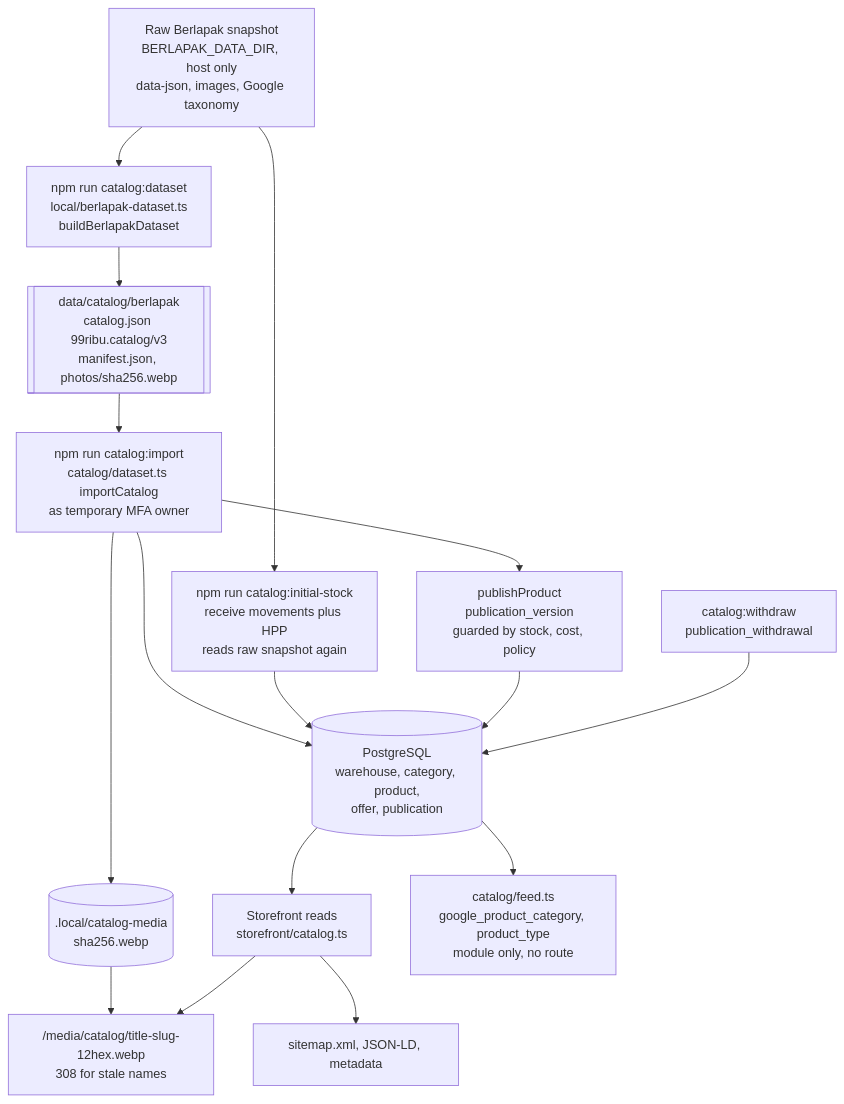
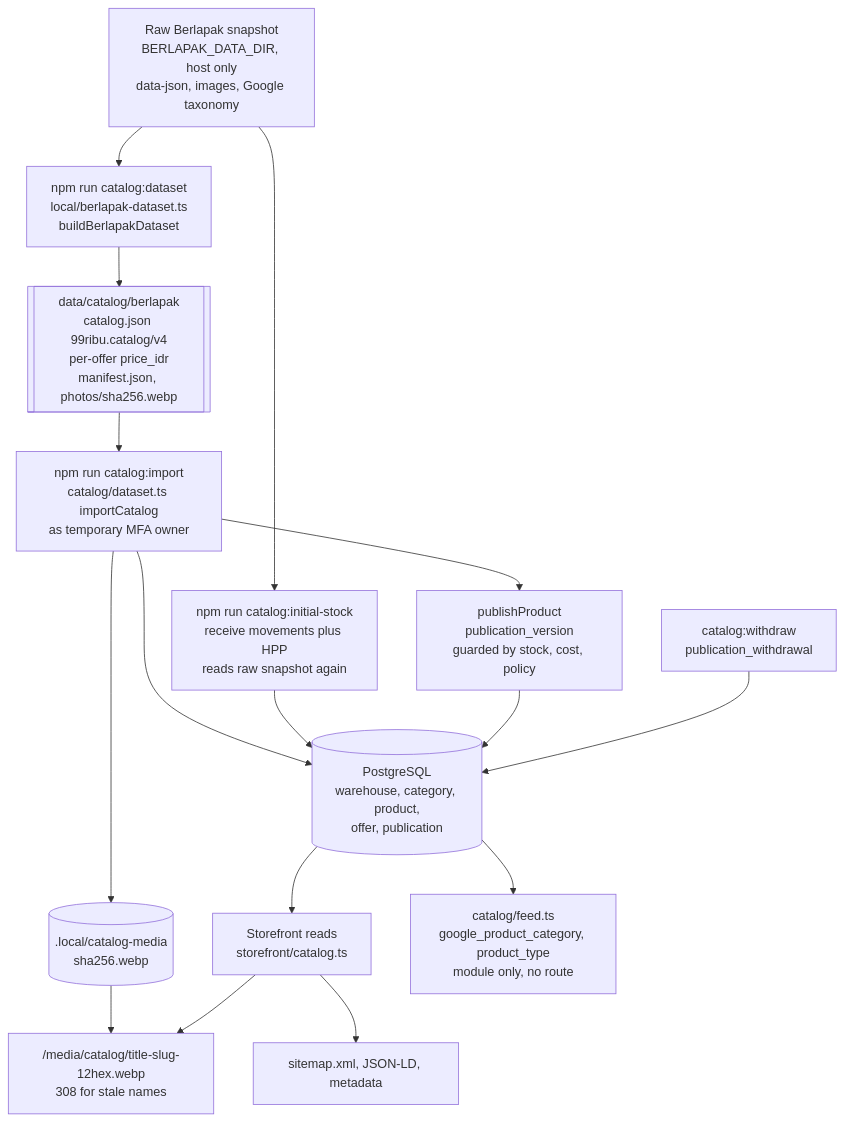
One commit to ongkipro/99ribu changed the sixth of 13 diagrams in ARCHITECTURE.md. Above: the diagram before and after it, drawn with Mermaid. The commit also changed other lines of this file and 721 other files, not shown here.

````diff
--- a/ARCHITECTURE.md
+++ b/ARCHITECTURE.md
@@ -434,32 +434,32 @@
 ```mermaid
 flowchart TD
   Raw["Raw Berlapak snapshot<br/>BERLAPAK_DATA_DIR, host only<br/>data-json, images, Google taxonomy"]
   Gen["npm run catalog:dataset<br/>local/berlapak-dataset.ts<br/>buildBerlapakDataset"]
-  DS[["data/catalog/berlapak<br/>catalog.json 99ribu.catalog/v3<br/>manifest.json, photos/sha256.webp"]]
+  DS[["data/catalog/berlapak<br/>catalog.json 99ribu.catalog/v4<br/>per-offer price_idr<br/>manifest.json, photos/sha256.webp"]]
   Imp["npm run catalog:import<br/>catalog/dataset.ts importCatalog<br/>as temporary MFA owner"]
   Stock["npm run catalog:initial-stock<br/>receive movements plus HPP<br/>reads raw snapshot again"]
   Pub["publishProduct<br/>publication_version<br/>guarded by stock, cost, policy"]
   WD["catalog:withdraw<br/>publication_withdrawal"]
   Media[(".local/catalog-media<br/>sha256.webp")]
   DB[("PostgreSQL<br/>warehouse, category, product,<br/>offer, publication")]
   Store["Storefront reads<br/>storefront/catalog.ts"]
   Route["/media/catalog/title-slug-12hex.webp<br/>308 for stale names"]
   Feed["catalog/feed.ts<br/>google_product_category, product_type<br/>module only, no route"]
   SEO["sitemap.xml, JSON-LD, metadata"]
 
   Raw --> Gen
   Gen --> DS
   DS --> Imp
   Imp --> DB
   Imp --> Media
   Raw --> Stock
   Stock --> DB
   Imp --> Pub
   Pub --> DB
   WD --> DB
   DB --> Store
   DB --> Feed
   Media --> Route
   Store --> Route
   Store --> SEO
 ```
````
